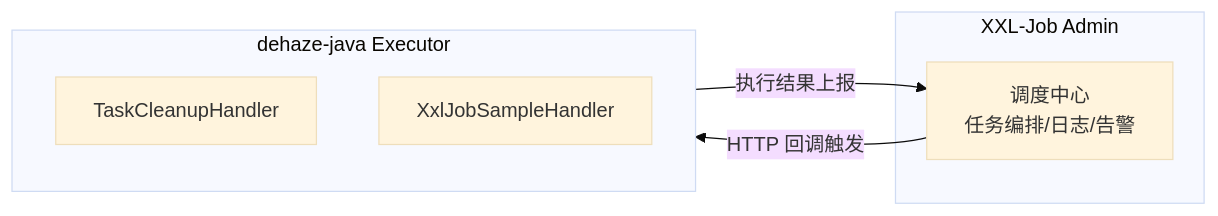
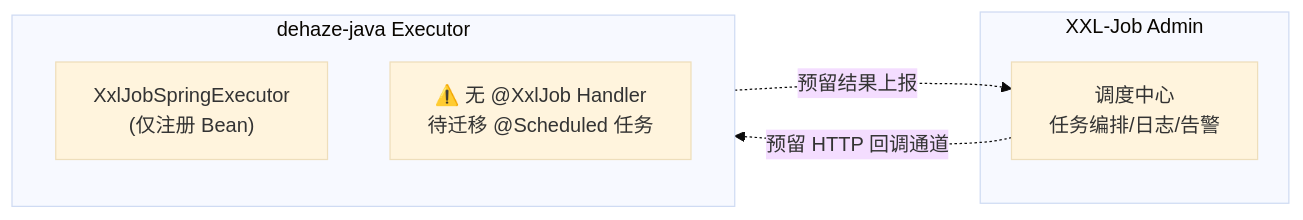
Before and after one commit to earthy-zinc/dehaze-system: the ninth of 14 diagrams in dehaze-doc/docs/02-系统架构/09-后端基础设施设计(Java).md, drawn with Mermaid (base theme). The commit also changed other lines of this file and 19 other files, not shown here.

````diff
--- a/dehaze-doc/docs/02-系统架构/09-后端基础设施设计(Java).md
+++ b/dehaze-doc/docs/02-系统架构/09-后端基础设施设计(Java).md
@@ -651,14 +678,14 @@
 ```mermaid
 flowchart LR
     subgraph XXLJob["XXL-Job Admin"]
         Scheduler["调度中心<br/>任务编排/日志/告警"]
     end
 
     subgraph JavaExecutor["dehaze-java Executor"]
-        Handler1["TaskCleanupHandler"]
-        Handler2["XxlJobSampleHandler"]
+        Bean["XxlJobSpringExecutor<br/>(仅注册 Bean)"]
+        Note["⚠️ 无 @XxlJob Handler<br/>待迁移 @Scheduled 任务"]
     end
 
-    Scheduler -->|"HTTP 回调触发"| JavaExecutor
-    JavaExecutor -->|"执行结果上报"| Scheduler
+    Scheduler -.->|"预留 HTTP 回调通道"| JavaExecutor
+    JavaExecutor -.->|"预留结果上报"| Scheduler
 ```
````
